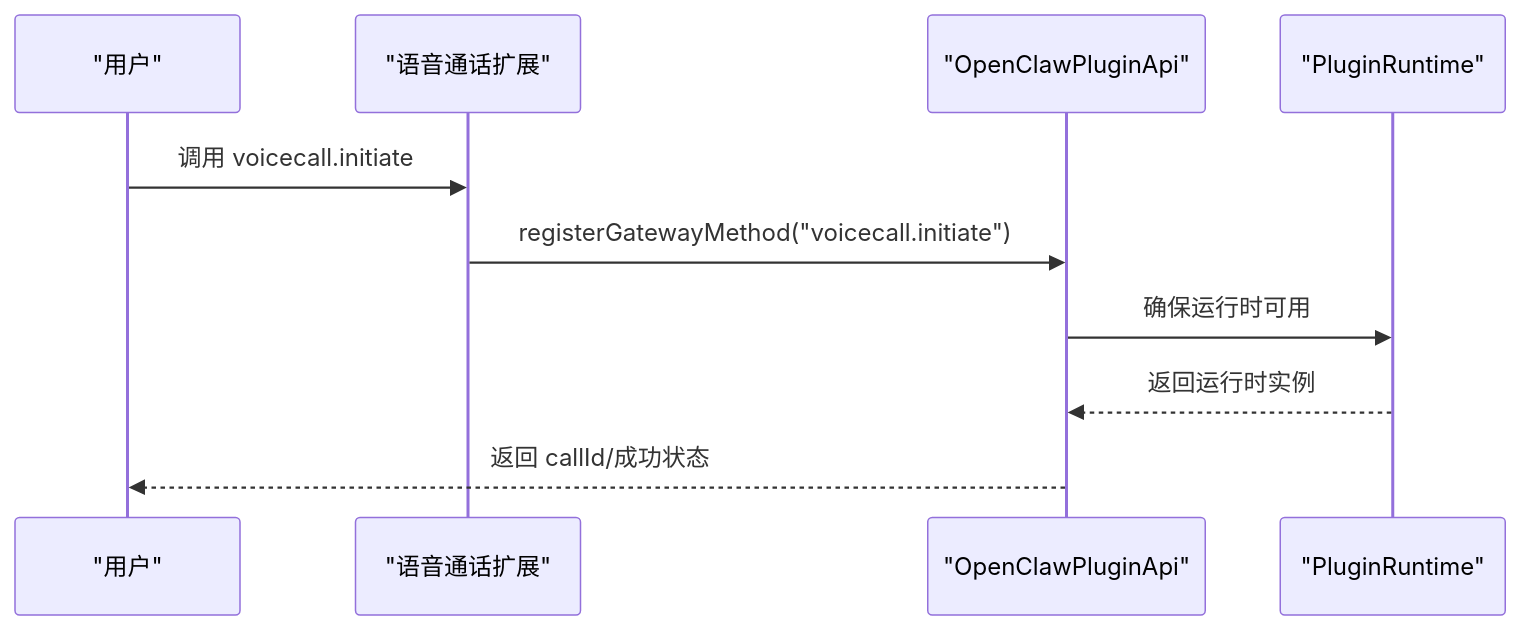
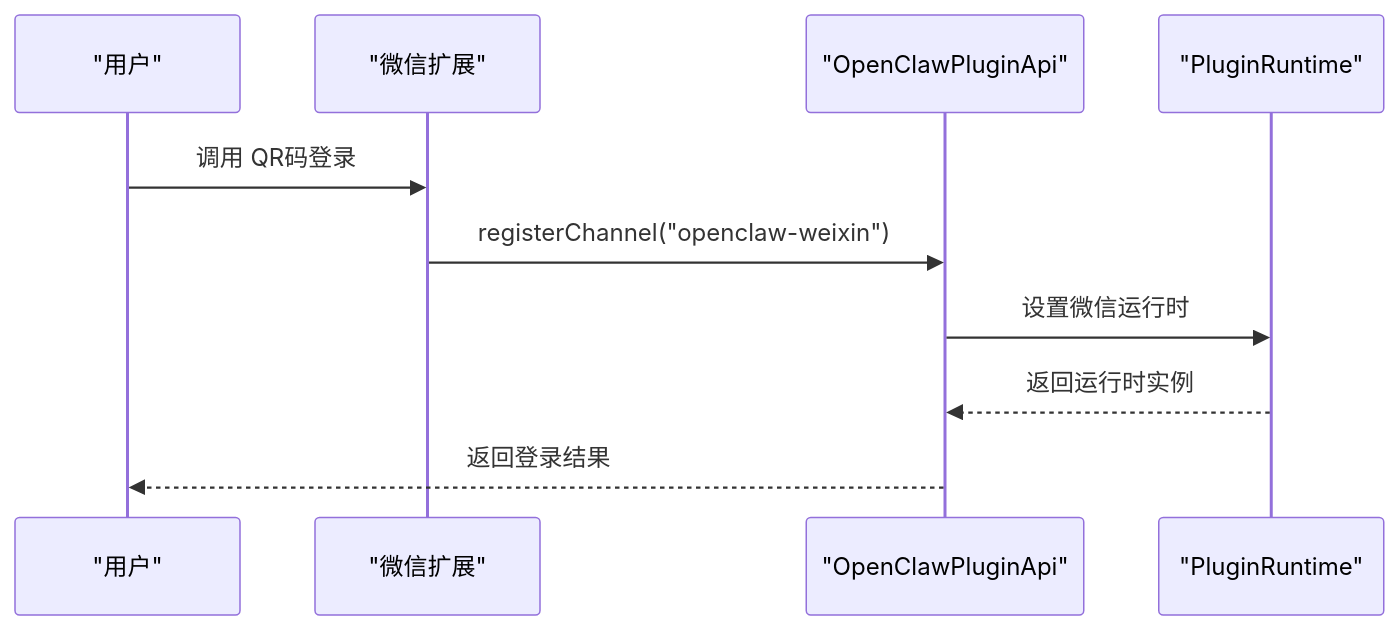
Before and after one commit to verse-ai-org/openclaw: the seventh of 11 diagrams in .qoder/repowiki/zh/content/插件系统/插件系统.md, drawn with Mermaid. The commit also changed other lines of this file and 23 other files, not shown here.

````diff
--- a/.qoder/repowiki/zh/content/插件系统/插件系统.md
+++ b/.qoder/repowiki/zh/content/插件系统/插件系统.md
@@ -1319,12 +1346,12 @@
 ```mermaid
 sequenceDiagram
 participant User as "用户"
-participant Plugin as "语音通话扩展"
+participant Plugin as "微信扩展"
 participant API as "OpenClawPluginApi"
 participant RT as "PluginRuntime"
-User->>Plugin : 调用 voicecall.initiate
-Plugin->>API : registerGatewayMethod("voicecall.initiate")
-API->>RT : 确保运行时可用
+User->>Plugin : 调用 QR码登录
+Plugin->>API : registerChannel("openclaw-weixin")
+API->>RT : 设置微信运行时
 RT-->>API : 返回运行时实例
-API-->>User : 返回 callId/成功状态
+API-->>User : 返回登录结果
 ```
````
